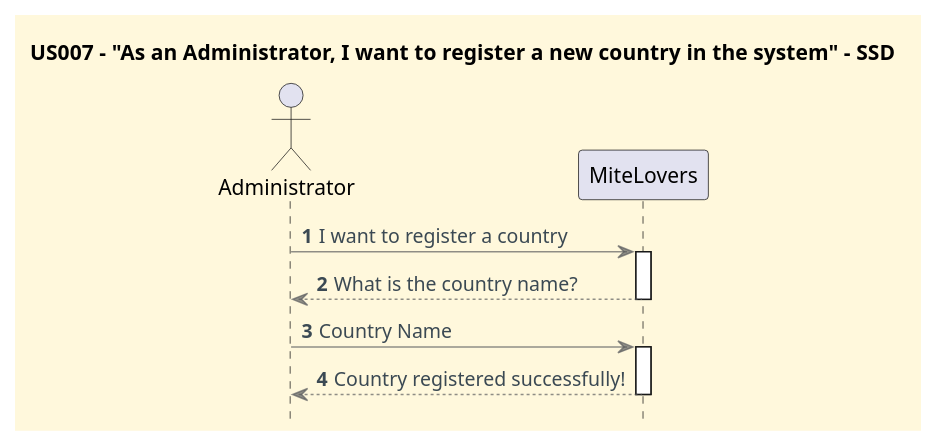
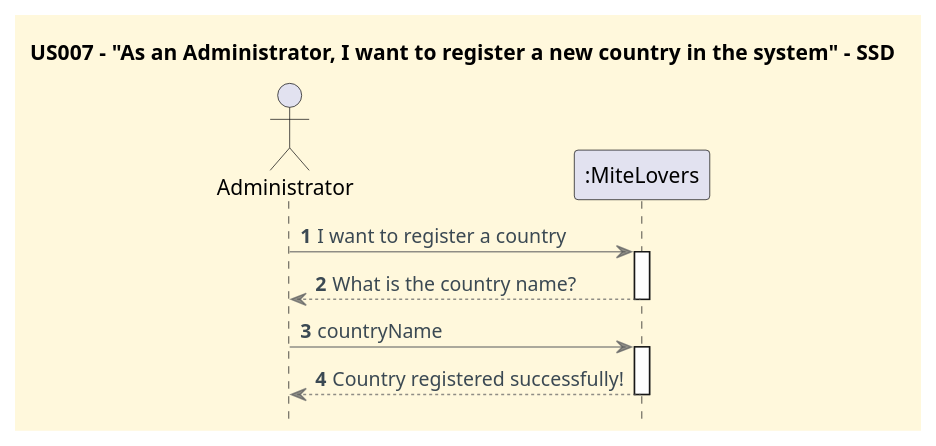
Before and after one commit to CarolinaLeite-collab/JavaMarketplacePlatform: the diagram in docs/userStories/US007/US007_register_a_country_SSD.puml, drawn with PlantUML.

Commit message:
Refs #154: Minor SSD correction for US007

```diff
--- a/docs/userStories/US007/US007_register_a_country_SSD.puml
+++ b/docs/userStories/US007/US007_register_a_country_SSD.puml
@@ -1,35 +1,35 @@
 @startuml
 '==== Title ====
 title US007 - "As an Administrator, I want to register a new country in the system" - SSD
 
 '==== basic style ====
 skinparam monochrome false
 
 skinparam defaultFontName Futura
 skinparam objectFontSize 20
 skinparam backgroundColor CornSilk
 skinparam objectBackgroundColor WhiteSmoke
 skinparam noteBackgroundColor #FFFFE0
 skinparam ArrowFontColor #3B4953
 skinparam ArrowColor #57595BAA
 
 hidefootbox
 autonumber
 autoactivate off
 
 ' ==== Actor and participants ====
 actor Administrator as Adm
-participant "MiteLovers" as UI1
+participant ":MiteLovers" as UI
 
-'==== Processes ====
-Adm -> UI1: I want to register a country
-activate UI1
-UI1 --> Adm: What is the country name?
-deactivate UI1
+'==== System dialog ====
+Adm -> UI: I want to register a country
+activate UI
+UI --> Adm: What is the country name?
+deactivate UI
 
-Adm -> UI1: Country Name
-activate UI1
+Adm -> UI: countryName
+activate UI
 
-UI1 --> Adm : Country registered successfully!
-deactivate UI1
+UI --> Adm : Country registered successfully!
+deactivate UI
 @enduml
```
